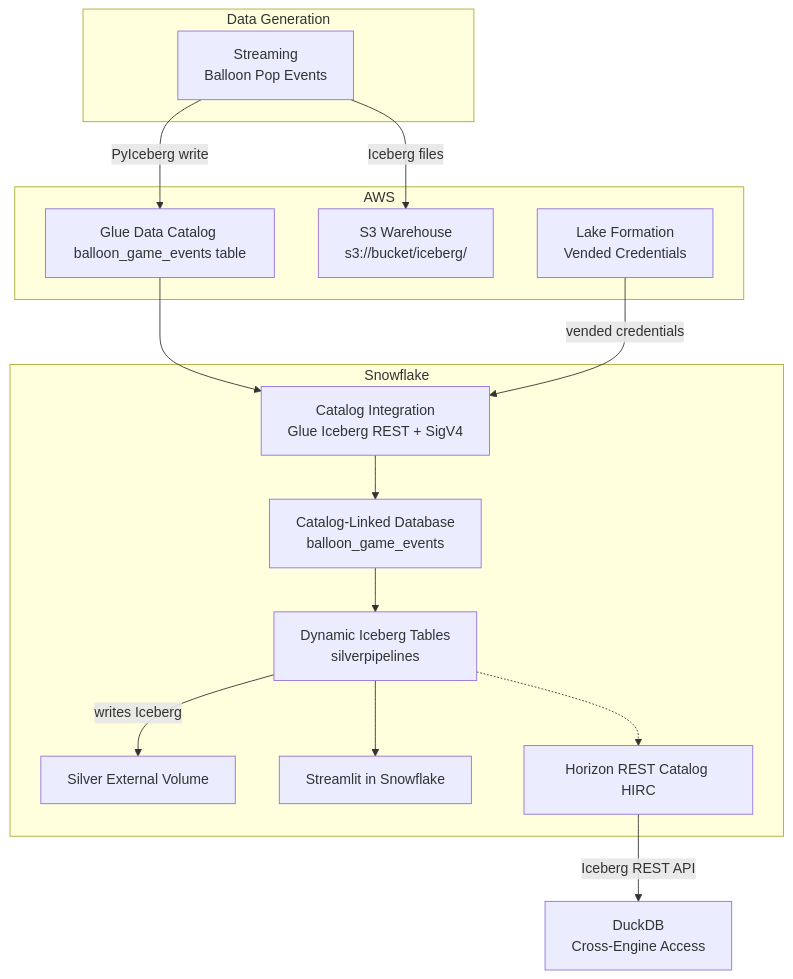
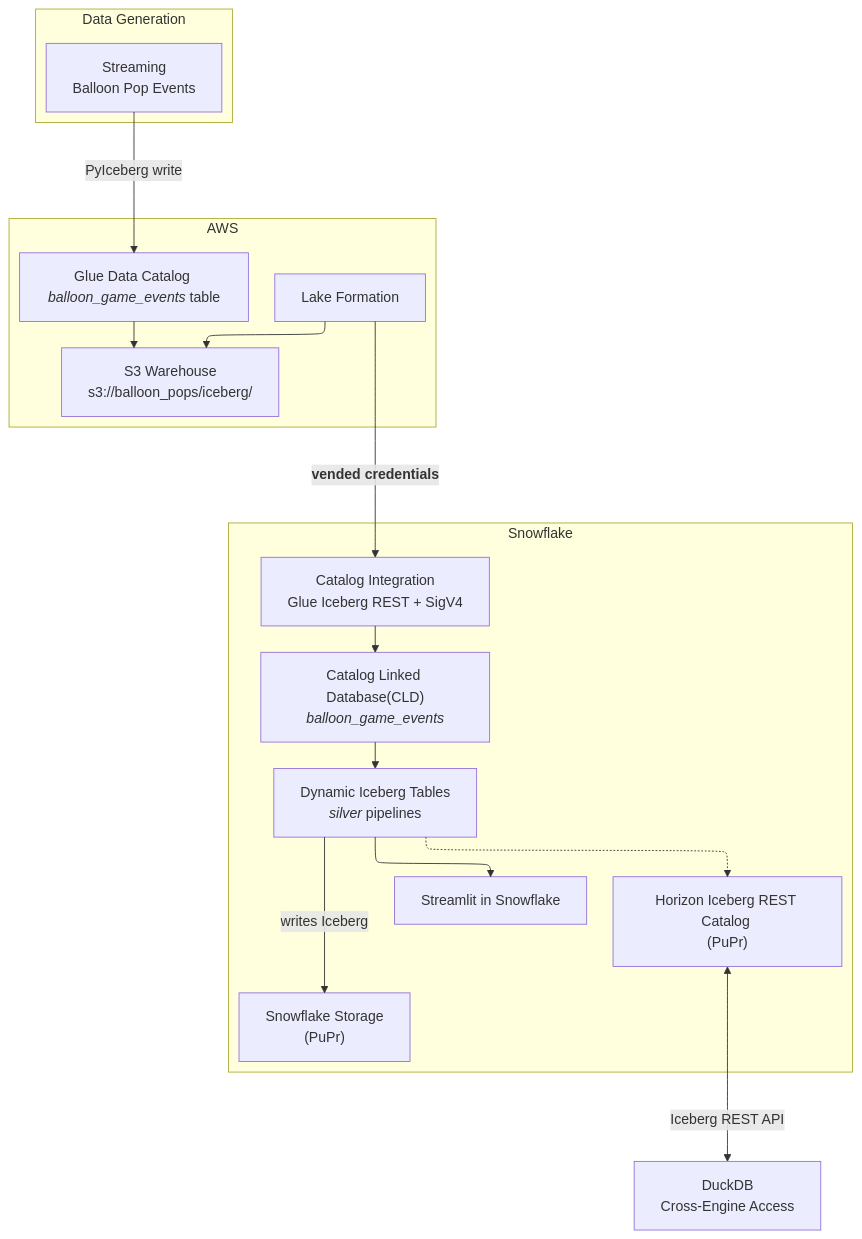
One commit to Snowflake-Labs/sfguide-lakehouse-iceberg-production-pipelines changed the diagram in README.md. Above: the diagram before and after it, drawn with Mermaid. The commit also changed other lines of this file and 15 other files, not shown here.

````diff
--- a/README.md
+++ b/README.md
@@ -10,34 +10,34 @@
 ```mermaid
 ---
 config:
   theme: mc
-  layout: dagre
+  layout: elk
 ---
 flowchart TB
  subgraph Generation["Data Generation"]
         PyGen["Streaming<br>Balloon Pop Events"]
   end
  subgraph AWS["AWS"]
-        GlueCat["Glue Data Catalog balloon_game_events table"]
-        S3["S3 Warehouse <br>s3://bucket/iceberg/"]
-        LF["Lake Formation<br>Vended Credentials"]
+        GlueCat["Glue Data Catalog <i>balloon_game_events</i> table"]
+        S3["S3 Warehouse <br>s3://balloon_pops/iceberg/"]
+        LF["Lake Formation"]
   end
  subgraph Snowflake["Snowflake"]
         CI["Catalog Integration<br>Glue Iceberg REST + SigV4"]
-        CLD["Catalog-Linked Database<br>balloon_game_events"]
-        DTs["Dynamic Iceberg Tables<br>silverpipelines"]
-        ExtVol["Silver External Volume"]
+        CLD["Catalog Linked Database(CLD)<br><i>balloon_game_events</i>"]
+        DTs["Dynamic Iceberg Tables<br><i>silver</i> pipelines"]
+        ExtVol["Snowflake Storage<br>(PuPr)"]
         SiS["Streamlit in Snowflake"]
-        HIRC["Horizon REST Catalog HIRC"]
+        HIRC["Horizon Iceberg REST Catalog <br>(PuPr)"]
   end
     PyGen -- PyIceberg write --> GlueCat
-    PyGen -- Iceberg files --> S3
-    GlueCat --> CI
-    LF -- vended credentials --> CI
+    GlueCat --> S3
     CI --> CLD
     CLD --> DTs
     DTs -- writes Iceberg --> ExtVol
     DTs --> SiS
     DTs -.-> HIRC
-    HIRC -- Iceberg REST API --> DuckDB["DuckDB<br>Cross-Engine Access"]
+    HIRC <-- Iceberg REST API --> DuckDB["DuckDB<br>Cross-Engine Access"]
+    LF -- <b>vended credentials</b> --> CI
+    LF --> S3
 ```
````
